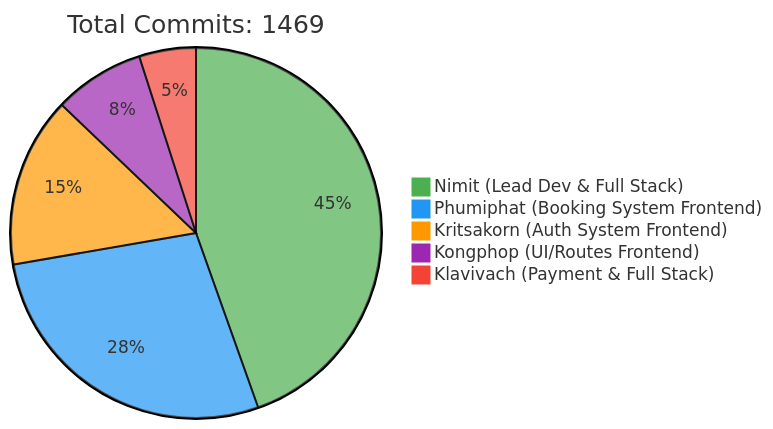
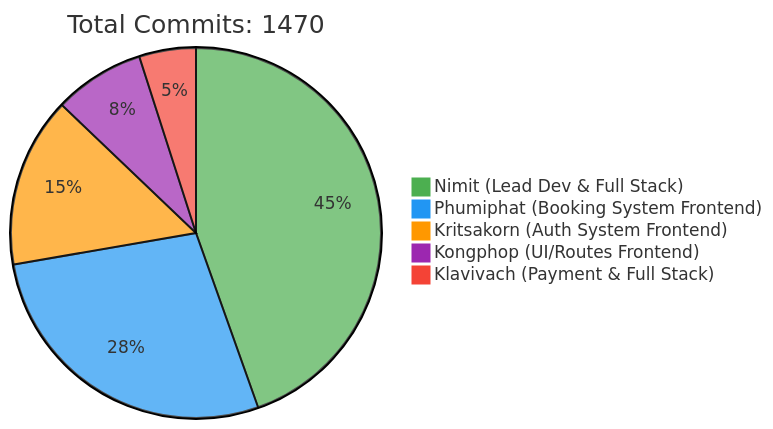
The first of 2 diagrams in README.md (6531503042/Sport-Complex), drawn with Mermaid before and after one commit. The commit also changed other lines of this file, not shown here.

Commit message:
docs: Update contributor statistics [skip ci]

````diff
--- a/README.md
+++ b/README.md
@@ -257,10 +257,10 @@
 ```mermaid
 %%{init: {'theme': 'base', 'themeVariables': { 'pie1': '#4CAF50', 'pie2': '#2196F3', 'pie3': '#FF9800', 'pie4': '#9C27B0', 'pie5': '#F44336'}}}%%
 pie
-    title Total Commits: 1469
+    title Total Commits: 1470
     "Nimit (Lead Dev & Full Stack)" : 450
     "Phumiphat (Booking System Frontend)" : 280
     "Kritsakorn (Auth System Frontend)" : 150
     "Kongphop (UI/Routes Frontend)" : 80
     "Klavivach (Payment & Full Stack)" : 50
 ```
````
